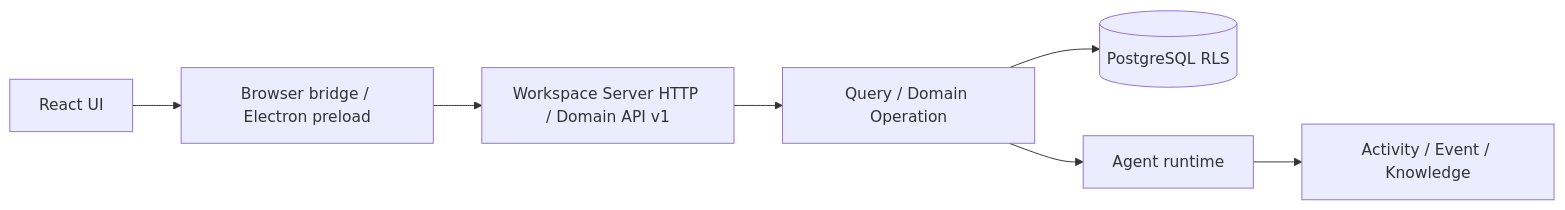
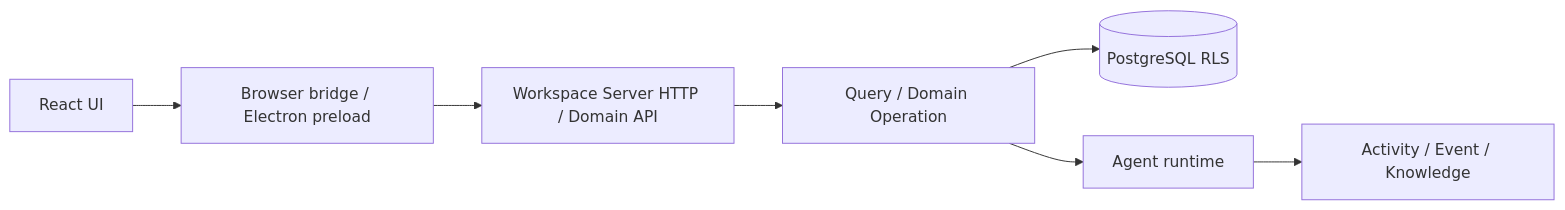
Before and after one commit to Takuma-kaho/Samurai-Agent: the third of 3 diagrams in docs/designs/native-app.md, drawn with Mermaid. The commit also changed other lines of this file and 108 other files, not shown here.

````diff
--- a/docs/designs/native-app.md
+++ b/docs/designs/native-app.md
@@ -139,9 +154,9 @@
-```mermaid
+~~~mermaid
 flowchart LR
   R[React UI] --> BR[Browser bridge / Electron preload]
-  BR --> API[Workspace Server HTTP / Domain API v1]
+  BR --> API[Workspace Server HTTP / Domain API]
   API --> OP[Query / Domain Operation]
   OP --> DB[(PostgreSQL RLS)]
   OP --> RT[Agent runtime]
   RT --> EV[Activity / Event / Knowledge]
-```
+~~~
````
